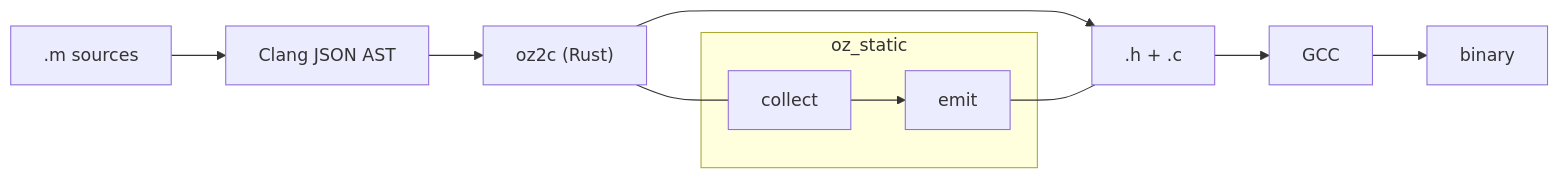
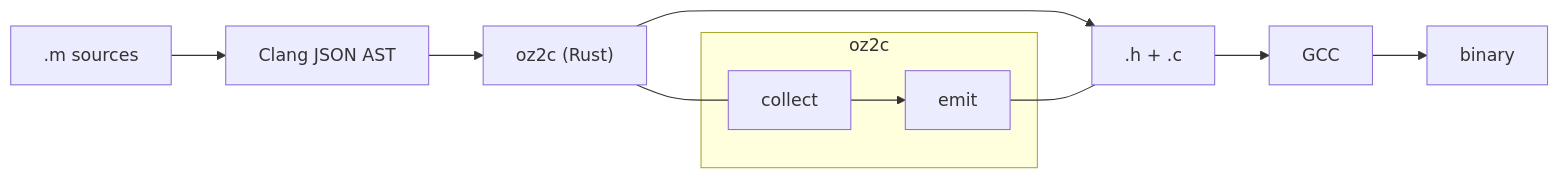
The diagram in README.md (rodrigopex/objective-z), drawn with Mermaid before and after one commit. The commit also changed other lines of this file and 8 other files, not shown here.

````diff
--- a/README.md
+++ b/README.md
@@ -259,14 +259,14 @@
 ```mermaid
 graph LR
     A[".m sources"] --> B["Clang JSON AST"]
     B --> C["oz2c (Rust)"]
     C --> D[".h + .c"]
     D --> E["GCC"]
     E --> F["binary"]
 
-    subgraph "oz_static"
+    subgraph "oz2c"
         C1["collect"] --> C2["emit"]
     end
     C --- C1
     C2 --- D
 ```
````
